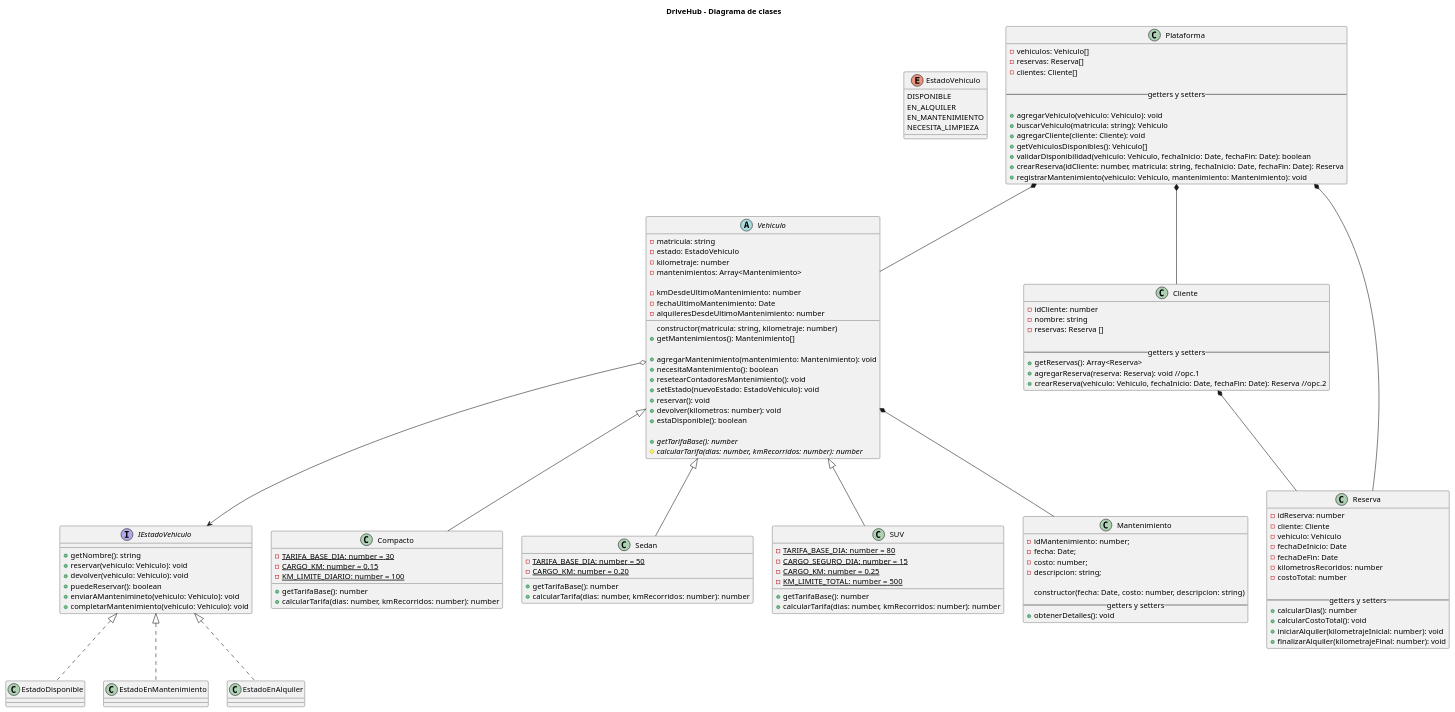
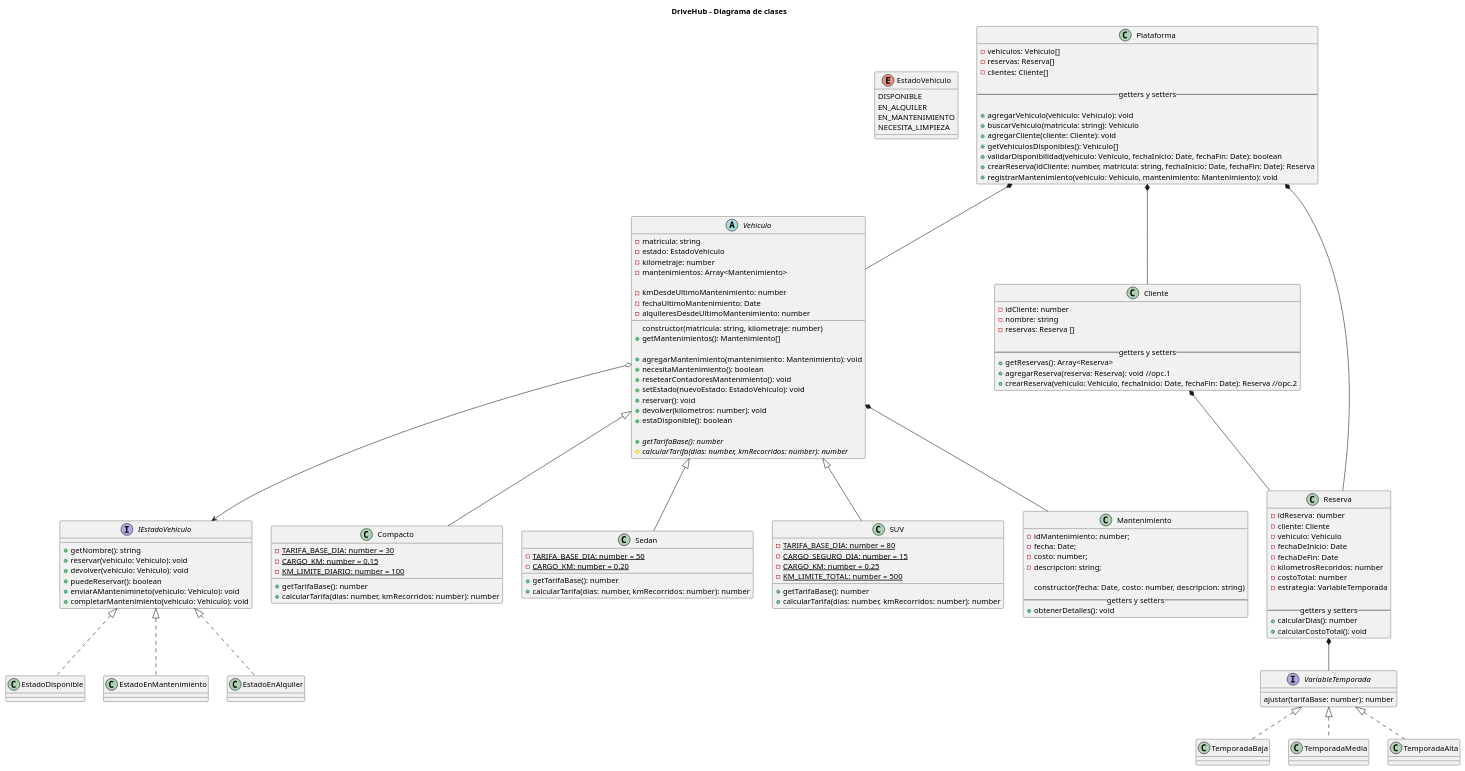
One commit to martingustavolopez/PROGRAMACION-II-CUVL changed the diagram in diagramas/diagrama.puml. Above: the diagram before and after it, drawn with PlantUML. The commit also changed 7 other files, not shown here.

```diff
--- a/diagramas/diagrama.puml
+++ b/diagramas/diagrama.puml
@@ -1,153 +1,165 @@
 @startuml
 
 title DriveHub - Diagrama de clases
 
 ' Enumeracion de estado vehiculo
 enum EstadoVehiculo {
     DISPONIBLE
     EN_ALQUILER
     EN_MANTENIMIENTO
     NECESITA_LIMPIEZA
 }
 ' Cambiar el EstadoVehiculo por una interfaz IEstadoVehiculo
 ' Y utilizar el PATRÓN DE DISEÑO - STATE
 interface IEstadoVehiculo {
     + getNombre(): string
     + reservar(vehiculo: Vehiculo): void
     + devolver(vehiculo: Vehiculo): void
     + puedeReservar(): boolean
     + enviarAMantenimineto(vehiculo: Vehiculo): void
     + completarMantenimiento(vehiculo: Vehiculo): void
 }
 
 class EstadoDisponible {}
 class EstadoEnMantenimiento {}
 class EstadoEnAlquiler {}
+
+' Idea para la Tarifa Variable por Temporada (STRATEGY)
+interface VariableTemporada {
+    ajustar(tarifaBase: number): number
+}
+class TemporadaBaja {}
+class TemporadaMedia {}
+class TemporadaAlta {}
 
 abstract class Vehiculo {
     - matricula: string
     - estado: EstadoVehiculo
     - kilometraje: number
     - mantenimientos: Array<Mantenimiento>
 
     'Disparadores de Mantenimiento
     - kmDesdeUltimoMantenimiento: number
     - fechaUltimoMantenimiento: Date
     - alquileresDesdeUltimoMantenimiento: number
     
     constructor(matricula: string, kilometraje: number)
     + getMantenimientos(): Mantenimiento[]
 
     + agregarMantenimiento(mantenimiento: Mantenimiento): void
     + necesitaMantenimiento(): boolean
     + resetearContadoresMantenimiento(): void
     + setEstado(nuevoEstado: EstadoVehiculo): void
     + reservar(): void
     + devolver(kilometros: number): void
     + estaDisponible(): boolean
 
     + {abstract} getTarifaBase(): number
     # {abstract} calcularTarifa(dias: number, kmRecorridos: number): number
 }
 
 class Compacto {
     - {static} TARIFA_BASE_DIA: number = 30
     - {static} CARGO_KM: number = 0.15
     - {static} KM_LIMITE_DIARIO: number = 100 
 
     + getTarifaBase(): number
     + calcularTarifa(dias: number, kmRecorridos: number): number        
 }
 
 class Sedan {
     - {static} TARIFA_BASE_DIA: number = 50
     - {static} CARGO_KM: number = 0.20
 
     + getTarifaBase(): number
     + calcularTarifa(dias: number, kmRecorridos: number): number
 }
 
 
 class SUV {
     - {static} TARIFA_BASE_DIA: number = 80
     - {static} CARGO_SEGURO_DIA: number = 15
     - {static} CARGO_KM: number = 0.25
     - {static} KM_LIMITE_TOTAL: number = 500
 
     + getTarifaBase(): number
     + calcularTarifa(dias: number, kmRecorridos: number): number
 }
 
 class Cliente {
     - idCliente: number
     - nombre: string
     - reservas: Reserva []
 
     -- getters y setters --
     + getReservas(): Array<Reserva>
     + agregarReserva(reserva: Reserva): void //opc.1
     + crearReserva(vehiculo: Vehiculo, fechaInicio: Date, fechaFin: Date): Reserva //opc.2
 }
 
 class Reserva {
     - idReserva: number
     - cliente: Cliente
     - vehiculo: Vehiculo
     - fechaDeInicio: Date
     - fechaDeFin: Date
     - kilometrosRecoridos: number
     - costoTotal: number
+    - estrategia: VariableTemporada
 
     -- getters y setters --
     + calcularDias(): number
     + calcularCostoTotal(): void
-    + iniciarAlquiler(kilometrajeInicial: number): void
-    + finalizarAlquiler(kilometrajeFinal: number): void
 }
 
 class Mantenimiento {
     - idMantenimiento: number;
     - fecha: Date;
     - costo: number;
     - descripcion: string;
     
     constructor(fecha: Date, costo: number, descripcion: string)
     -- getters y setters --
     + obtenerDetalles(): void
 }
 
 class Plataforma {
     - vehiculos: Vehiculo[]
     - reservas: Reserva[]
     - clientes: Cliente[]
 
     -- getters y setters --
 
     + agregarVehiculo(vehiculo: Vehiculo): void
     + buscarVehiculo(matricula: string): Vehiculo
     + agregarCliente(cliente: Cliente): void
     + getVehiculosDisponibles(): Vehiculo[]
     + validarDisponibilidad(vehiculo: Vehiculo, fechaInicio: Date, fechaFin: Date): boolean
     + crearReserva(idCliente: number, matricula: string, fechaInicio: Date, fechaFin: Date): Reserva
     + registrarMantenimiento(vehiculo: Vehiculo, mantenimiento: Mantenimiento): void
 }
 
 ' Relaciones de herencia
 Vehiculo <|-- Compacto
 Vehiculo <|-- Sedan
 Vehiculo <|-- SUV
 
 ' Relaciones de composición
 Vehiculo *-- Mantenimiento
 Cliente *-- Reserva
 Plataforma *-- Vehiculo
 Plataforma *-- Cliente
 Plataforma *-- Reserva
 
 
 Vehiculo o--> IEstadoVehiculo
 IEstadoVehiculo <|.. EstadoEnMantenimiento
 IEstadoVehiculo <|.. EstadoEnAlquiler
 IEstadoVehiculo <|.. EstadoDisponible
 
+VariableTemporada <|.. TemporadaBaja
+VariableTemporada <|.. TemporadaMedia
+VariableTemporada <|.. TemporadaAlta
+Reserva *-- VariableTemporada
+
 @enduml
```
